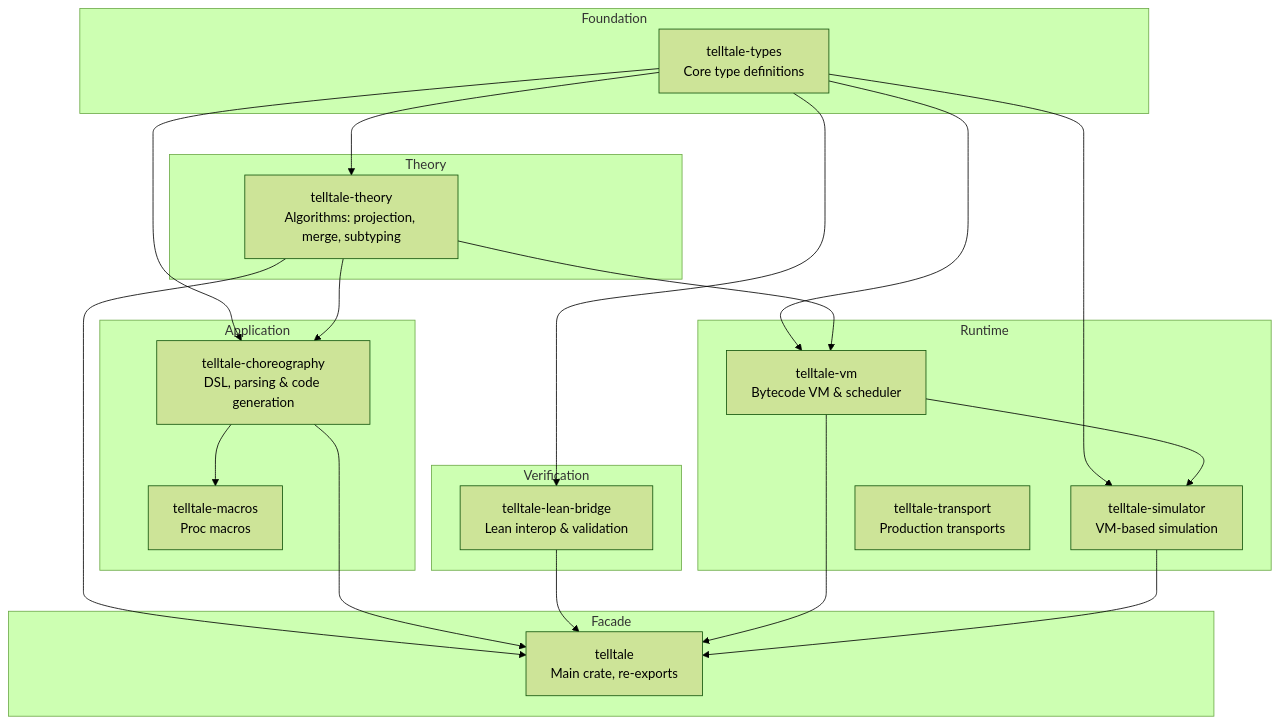
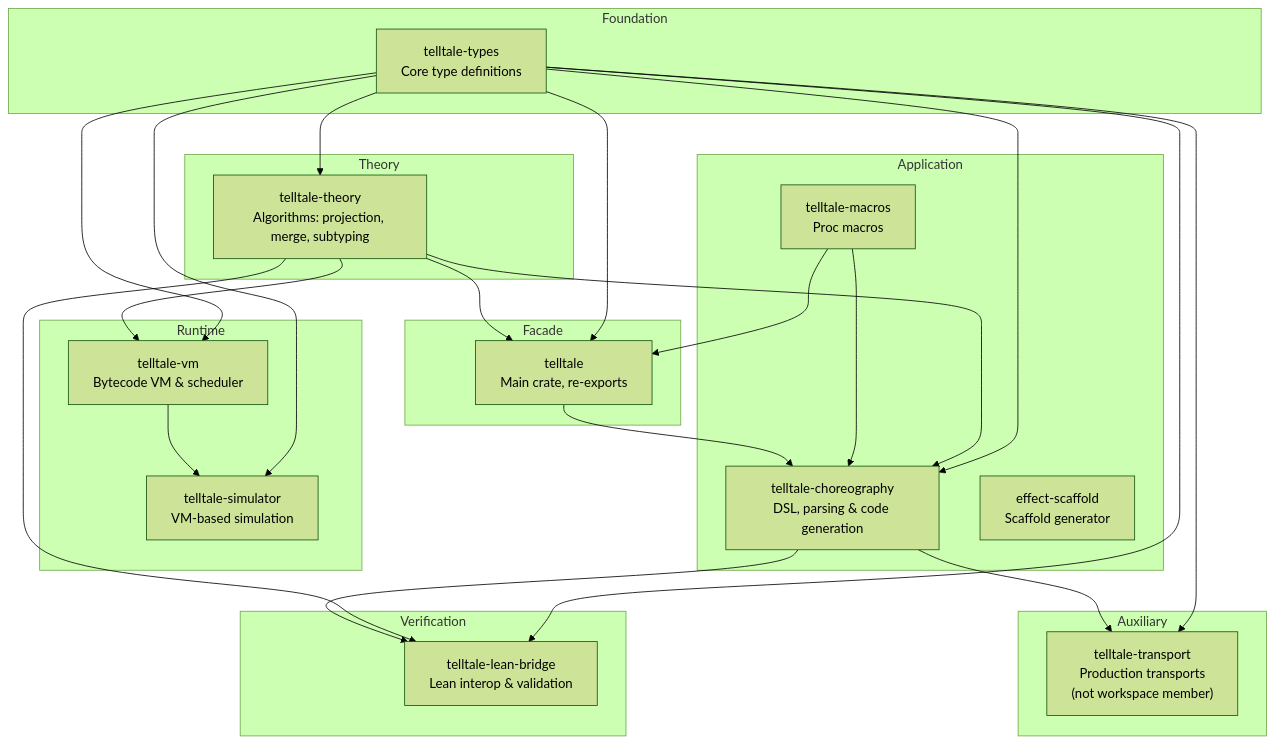
One commit to hxrts/telltale changed the first of 2 diagrams in docs/03_crate_organization.md. Above: the diagram before and after it, drawn with Mermaid (forest theme). The commit also changed other lines of this file and 7 other files, not shown here.

````diff
--- a/docs/03_crate_organization.md
+++ b/docs/03_crate_organization.md
@@ -7,48 +7,56 @@
 ```mermaid
 graph TB
     subgraph Foundation
         types["telltale-types<br/>Core type definitions"]
     end
 
     subgraph Theory
         theory["telltale-theory<br/>Algorithms: projection, merge, subtyping"]
     end
 
     subgraph Verification
         lean["telltale-lean-bridge<br/>Lean interop & validation"]
     end
 
     subgraph Runtime
         vm["telltale-vm<br/>Bytecode VM & scheduler"]
         simulator["telltale-simulator<br/>VM-based simulation"]
-        transport["telltale-transport<br/>Production transports"]
     end
 
     subgraph Application
         choreo["telltale-choreography<br/>DSL, parsing & code generation"]
         macros["telltale-macros<br/>Proc macros"]
+        scaffold["effect-scaffold<br/>Scaffold generator"]
     end
 
     subgraph Facade
         main["telltale<br/>Main crate, re-exports"]
     end
 
+    subgraph Auxiliary
+        transport["telltale-transport<br/>Production transports<br/>(not workspace member)"]
+    end
+
     types --> theory
+    types --> main
+    types --> choreo
     types --> lean
-    types --> choreo
     types --> vm
     types --> simulator
 
+    theory --> main
+    theory --> vm
     theory --> choreo
-    theory --> vm
+    theory --> lean
 
     vm --> simulator
 
-    choreo --> macros
+    macros --> main
+    macros --> choreo
+    main --> choreo
 
-    theory --> main
-    choreo --> main
-    lean --> main
-    vm --> main
-    simulator --> main
+    choreo --> lean
+
+    types --> transport
+    choreo --> transport
 ```
````
